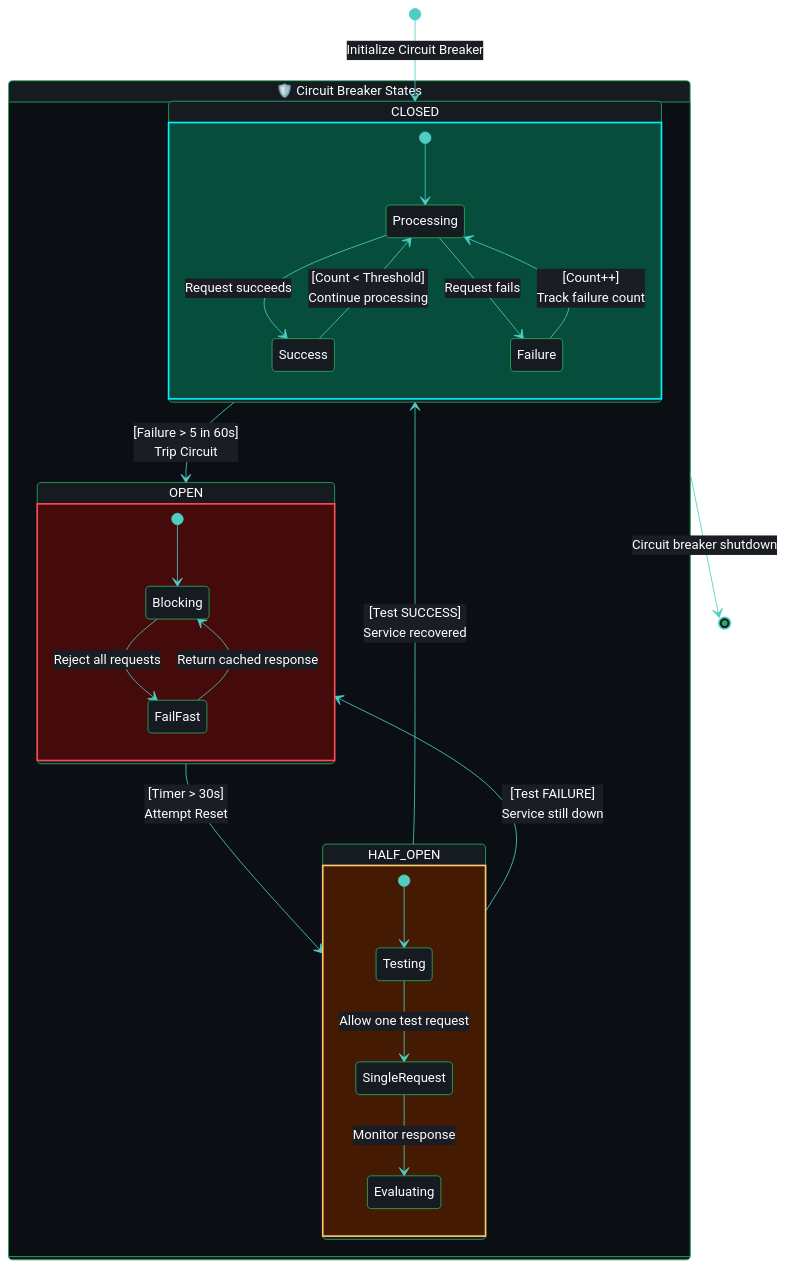
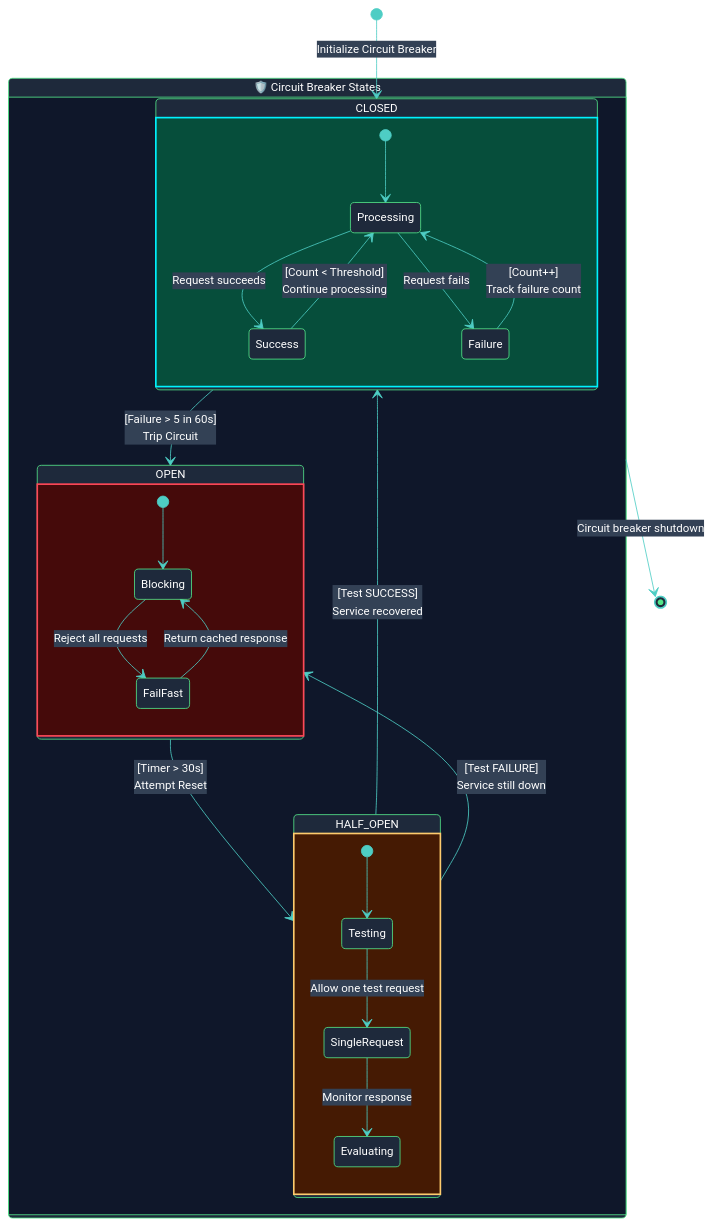
One commit to abdoElHodaky/larvrevrstender changed the second of 3 diagrams in diagrams/circuit-breaker-architecture.md. Above: the diagram before and after it, drawn with Mermaid. The commit also changed other lines of this file and 3 other files, not shown here.

First line of the commit message:
feat: Enhance diagram styling with eye-catching dark theme design

````diff
--- a/diagrams/circuit-breaker-architecture.md
+++ b/diagrams/circuit-breaker-architecture.md
@@ -132,60 +136,63 @@
 ```mermaid
-   %%{init: {
+%%{init: {
   'theme': 'base',
   'themeVariables': {
-    'background': '#0B0F14',
-    'primaryColor': '#2ECC71',
+    'darkMode': true,
+    'background': '#0F172A',
+    'primaryColor': '#2ED573',
     'primaryTextColor': '#FFFFFF',
-    'primaryBorderColor': '#27AE60',
+    'primaryBorderColor': '#54E68A',
     'lineColor': '#4ECDC4',
     'secondaryColor': '#FF4757',
-    'tertiaryColor': '#F1C40F',
-    'mainBkg': '#161B22',
-    'clusterBkg': 'rgba(255, 255, 255, 0.03)',
-    'clusterBorder': '#334155',
-    'edgeLabelBackground':'#1A1D23',
-    'fontFamily': 'ui-monospace, SFMono-Regular, Menlo, Monaco, Consolas, monospace'
+    'tertiaryColor': '#FFD93D',
+    'mainBkg': '#1E293B',
+    'clusterBkg': '#1E293B',
+    'clusterBorder': '#4ECDC4',
+    'edgeLabelBackground': '#334155',
+    'fontFamily': 'Inter, Segoe UI, Roboto, sans-serif',
+    'fontSize': '14px',
+    'fontWeight': 'bold'
   }
 }}%%
 
 stateDiagram-v2
     [*] --> CLOSED: Initialize Circuit Breaker
     
     state "🛡️ Circuit Breaker States" as CBStates {
         state CLOSED {
             [*] --> Processing
             Processing --> Success: Request succeeds
             Processing --> Failure: Request fails
             Success --> Processing: [Count < Threshold]<br/>Continue processing
             Failure --> Processing: [Count++]<br/>Track failure count
         }
         
         state OPEN {
             [*] --> Blocking
             Blocking --> FailFast: Reject all requests
             FailFast --> Blocking: Return cached response
         }
         
         state HALF_OPEN {
             [*] --> Testing
             Testing --> SingleRequest: Allow one test request
             SingleRequest --> Evaluating: Monitor response
         }
 
         CLOSED --> OPEN: [Failure > 5 in 60s]<br/>Trip Circuit
         OPEN --> HALF_OPEN: [Timer > 30s]<br/>Attempt Reset
         HALF_OPEN --> CLOSED: [Test SUCCESS]<br/>Service recovered
         HALF_OPEN --> OPEN: [Test FAILURE]<br/>Service still down
     }   
     
     CBStates --> [*]: Circuit breaker shutdown
 
     %% Hybrid Class Definitions
     classDef closedState fill:#064E3B,stroke:#00F2FE,color:#fff,stroke-width:2px
     classDef openState fill:#450A0A,stroke:#FF4757,color:#fff,stroke-width:2px
     classDef halfOpenState fill:#451A03,stroke:#FDCB6E,color:#fff,stroke-width:2px
 
     class CLOSED closedState
     class OPEN openState
     class HALF_OPEN halfOpenState
 ```
````
